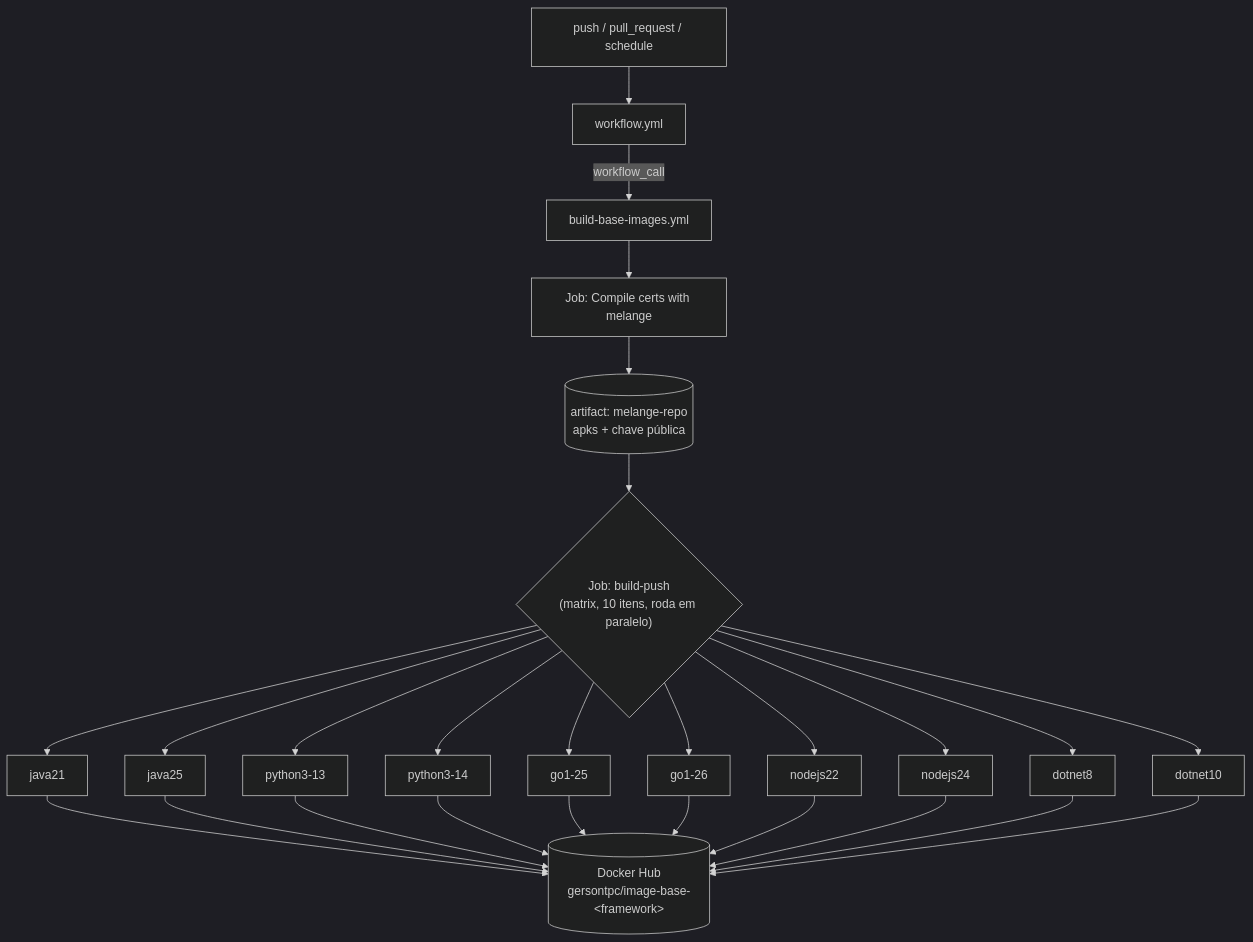
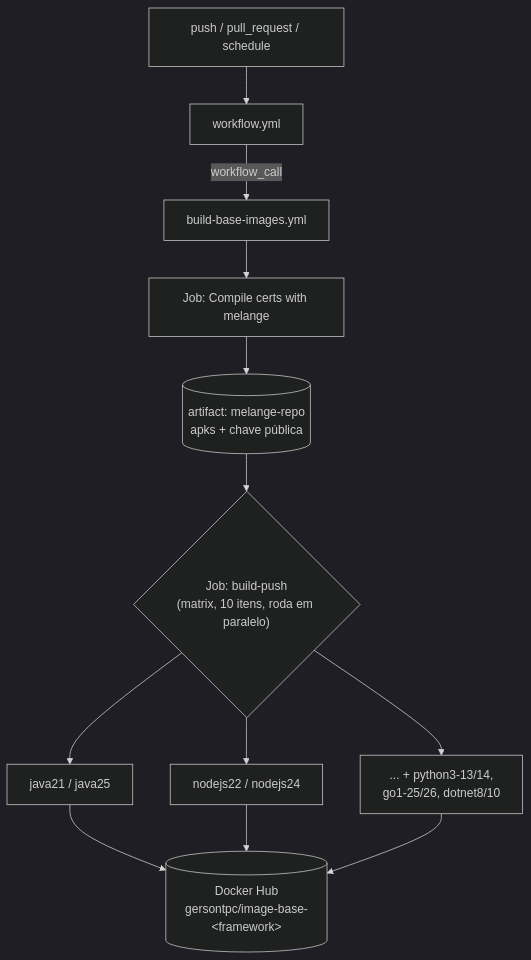
One commit to gersontpc/image-base changed the fifth of 6 diagrams in README.md. Above: the diagram before and after it, drawn with Mermaid (dark theme). The commit also changed other lines of this file and 1 other file, not shown here.

````diff
--- a/README.md
+++ b/README.md
@@ -95,22 +181,15 @@
 ```mermaid
 flowchart TD
     T["push / pull_request / schedule"] --> W["workflow.yml"]
     W -- "workflow_call" --> R["build-base-images.yml"]
 
     R --> M["Job: Compile certs with melange"]
     M --> AR[("artifact: melange-repo<br/>apks + chave pública")]
 
     AR --> X{"Job: build-push<br/>(matrix, 10 itens, roda em paralelo)"}
-    X --> J1["java21"]
-    X --> J2["java25"]
-    X --> J3["python3-13"]
-    X --> J4["python3-14"]
-    X --> J5["go1-25"]
-    X --> J6["go1-26"]
-    X --> J7["nodejs22"]
-    X --> J8["nodejs24"]
-    X --> J9["dotnet8"]
-    X --> J10["dotnet10"]
+    X --> J1["java21 / java25"]
+    X --> J2["nodejs22 / nodejs24"]
+    X --> J3["... + python3-13/14,<br/>go1-25/26, dotnet8/10"]
 
-    J1 & J2 & J3 & J4 & J5 & J6 & J7 & J8 & J9 & J10 --> DH[("Docker Hub<br/>gersontpc/image-base-&lt;framework&gt;")]
+    J1 & J2 & J3 --> DH[("Docker Hub<br/>gersontpc/image-base-&lt;framework&gt;")]
 ```
````
